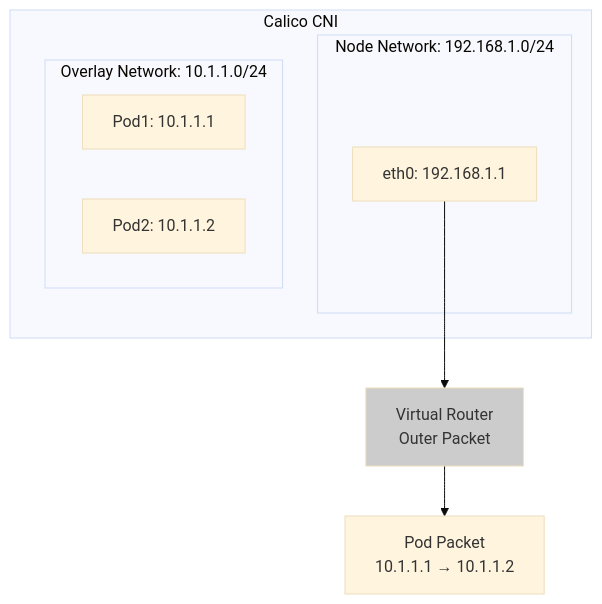
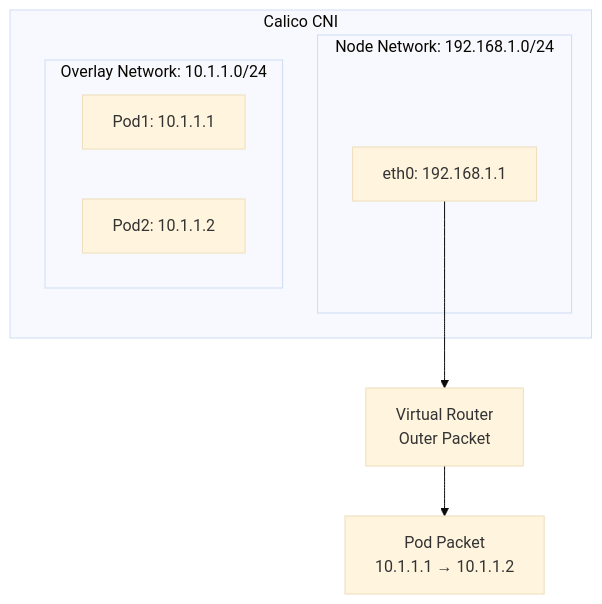
One commit to juwon8891/juwon8891.github.io changed the eighth of 25 diagrams in docs/eks/week2-networking.md. Above: the diagram before and after it, drawn with Mermaid (base theme). The commit also changed other lines of this file and 18 other files, not shown here.

Commit message:
Remove bright colors from Mermaid diagrams for dark mode compatibility

````diff
--- a/docs/eks/week2-networking.md
+++ b/docs/eks/week2-networking.md
@@ -337,18 +326,17 @@
 ```mermaid
 graph TB
     subgraph "Calico CNI"
         subgraph "Node Network: 192.168.1.0/24"
             A[eth0: 192.168.1.1]
         end
 
         subgraph "Overlay Network: 10.1.1.0/24"
             B[Pod1: 10.1.1.1]
             C[Pod2: 10.1.1.2]
         end
     end
 
     A --> D[Virtual Router<br/>Outer Packet]
     D --> E[Pod Packet<br/>10.1.1.1 → 10.1.1.2]
 
-    style D fill:#cccccc
 ```
````
